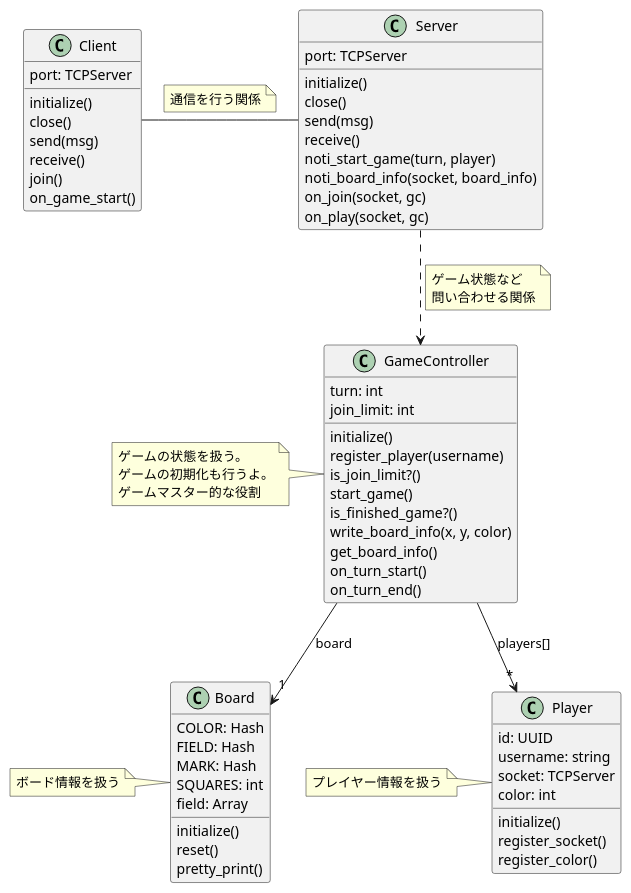
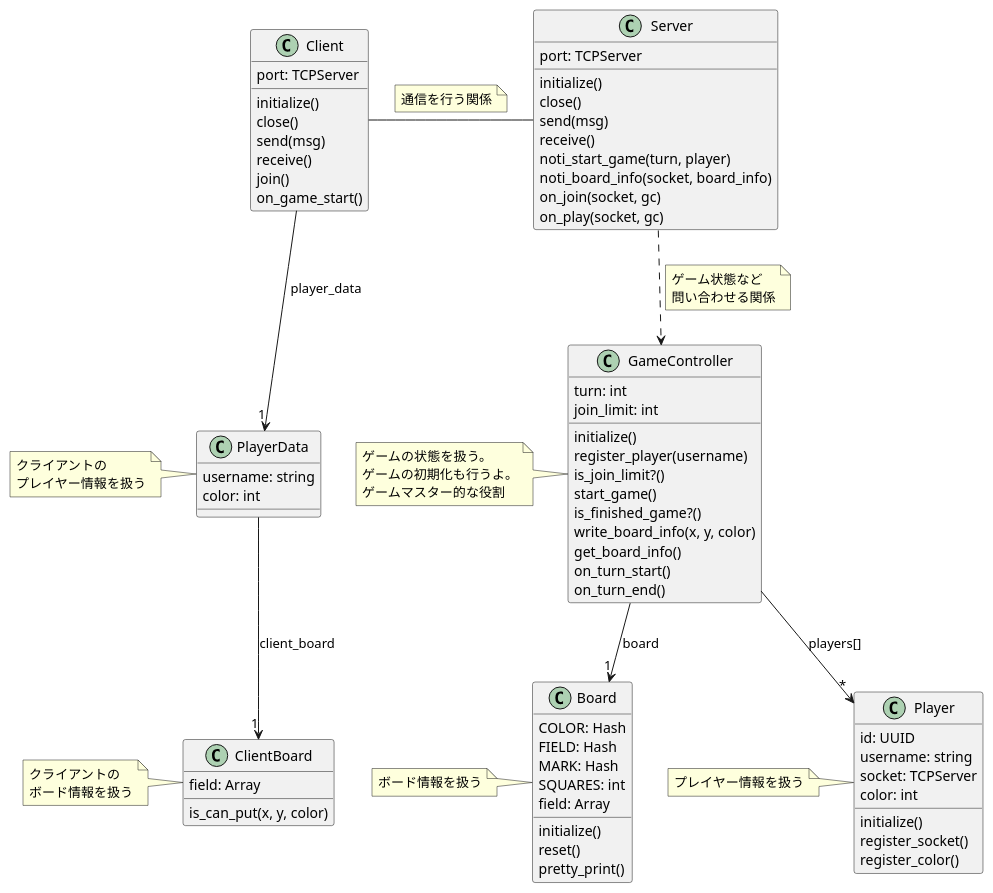
Before and after one commit to WROS-eng/netpro: the diagram in class.pu, drawn with PlantUML. The commit also changed 1 other file, not shown here.

```diff
--- a/class.pu
+++ b/class.pu
@@ -1,83 +1,104 @@
-@startuml 雑なクラス図
+@startuml image
 
 class "Client" as Client {
       port: TCPServer
       
       initialize()
       close()
       send(msg)
       receive()
       join()
       on_game_start()
 }
 Server -left- Client
 note on link
       通信を行う関係
 end note
+
+class "PlayerData" as PlayerData {
+      username: string
+      color: int
+}
+Client --> "1" PlayerData : player_data
+note left
+      クライアントの
+      プレイヤー情報を扱う
+end note 
+
+class "ClientBoard" as ClientBoard {
+      field: Array
+
+      is_can_put(x, y, color)
+}
+PlayerData --> "1" ClientBoard : client_board
+note left
+      クライアントの
+      ボード情報を扱う
+end note 
 
 class "Server" as Server {
       port: TCPServer
       
       initialize()
       close()
       send(msg)
       receive()
       noti_start_game(turn, player)
       noti_board_info(socket, board_info)
       on_join(socket, gc)
       on_play(socket, gc)
 }
 Server ..> GameController
 note on link
       ゲーム状態など
       問い合わせる関係
 end note
 
 class "GameController" as GameController {
       turn: int
       join_limit: int
       
       initialize()
       register_player(username)
       is_join_limit?()
       start_game()
       is_finished_game?()
       write_board_info(x, y, color)
       get_board_info()
       on_turn_start()
       on_turn_end()
 }
 note left
       ゲームの状態を扱う。
       ゲームの初期化も行うよ。
       ゲームマスター的な役割
 end note 
 GameController --> "1" Board : board
 GameController --> "*" Player : players[]
 
 class "Board" as Board {
       COLOR: Hash
       FIELD: Hash
       MARK: Hash
       SQUARES: int
       field: Array
       
       initialize()
       reset()
       pretty_print()
 }
 note left : ボード情報を扱う
 
 class "Player" as Player {
       id: UUID
       username: string
       socket: TCPServer
       color: int
       
       initialize()
       register_socket()
       register_color()
 }
 note left : プレイヤー情報を扱う
 
 @enduml
```
